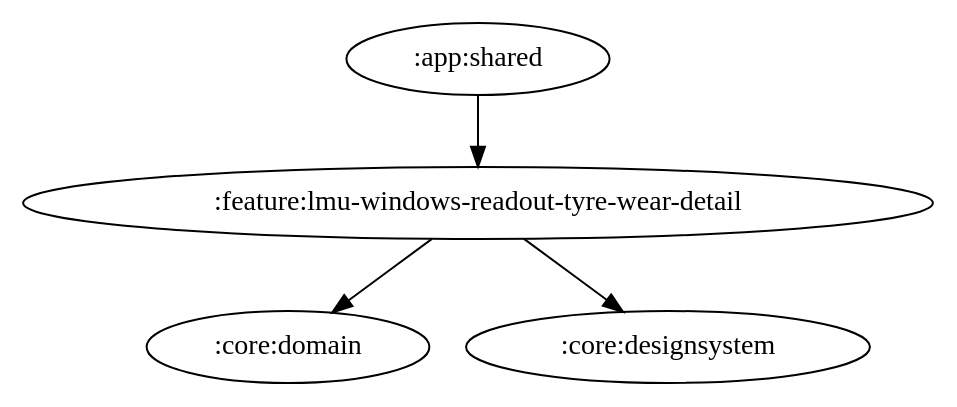
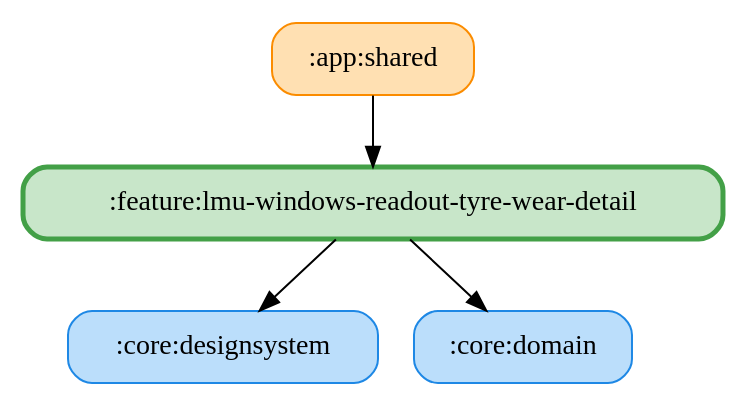
The diagram in docs/graphs/feature-lmu-windows-readout-tyre-wear-detail.gv (ai-kurou/KoDriver), drawn with Graphviz before and after one commit. The commit also changed 97 other files, not shown here.

Commit message:
chore: update module graph images

```diff
--- a/docs/graphs/feature-lmu-windows-readout-tyre-wear-detail.gv
+++ b/docs/graphs/feature-lmu-windows-readout-tyre-wear-detail.gv
@@ -1,6 +1,11 @@
 digraph G {
   rankdir=TB
+  node [shape=box, style="rounded,filled"]
+  ":app:shared" [fillcolor="#FFE0B2", color="#FB8C00", penwidth=1]
+  ":core:designsystem" [fillcolor="#BBDEFB", color="#1E88E5", penwidth=1]
+  ":core:domain" [fillcolor="#BBDEFB", color="#1E88E5", penwidth=1]
+  ":feature:lmu-windows-readout-tyre-wear-detail" [fillcolor="#C8E6C9", color="#43A047", penwidth=2.5]
   ":app:shared" -> ":feature:lmu-windows-readout-tyre-wear-detail"
   ":feature:lmu-windows-readout-tyre-wear-detail" -> ":core:domain"
   ":feature:lmu-windows-readout-tyre-wear-detail" -> ":core:designsystem"
 }
```
